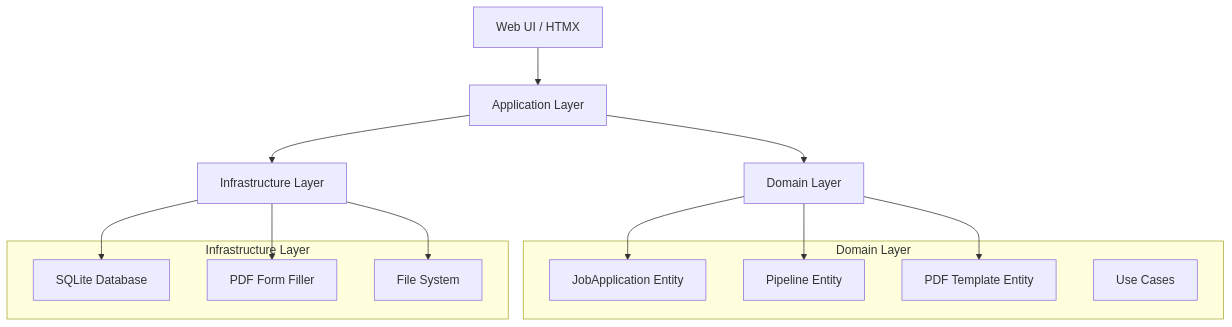
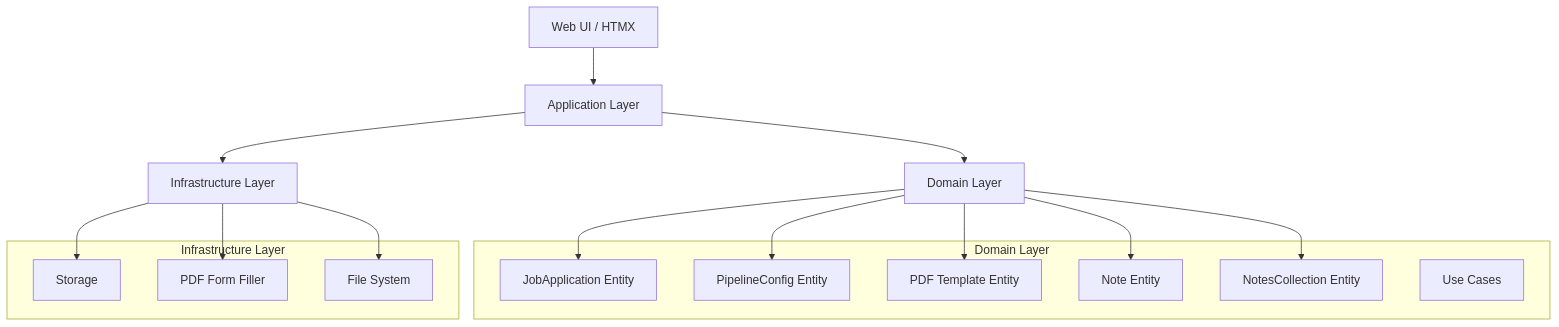
The diagram in docs/architecture.mermaid (graffhyrum/jobAppTracker), drawn with Mermaid before and after one commit. The commit also changed 3 other files, not shown here.

First line of the commit message:
chore(docs): remove outdated diagrams and update data model definitions

```diff
--- a/docs/architecture.mermaid
+++ b/docs/architecture.mermaid
@@ -1,25 +1,29 @@
 graph TD
     A[Web UI / HTMX] --> B[Application Layer]
     B --> C[Domain Layer]
     B --> D[Infrastructure Layer]
 
     C --> E[JobApplication Entity]
-    C --> F[Pipeline Entity]
+    C --> F[PipelineConfig Entity]
     C --> G[PDF Template Entity]
+    C --> L[Note Entity]
+    C --> M[NotesCollection Entity]
 
-    D --> H[SQLite Database]
+    D --> H[Storage]
     D --> I[PDF Form Filler]
     D --> J[File System]
 
     subgraph "Domain Layer"
         E
         F
         G
+        L
+        M
         K[Use Cases]
     end
 
     subgraph "Infrastructure Layer"
         H
         I
         J
     end
```
